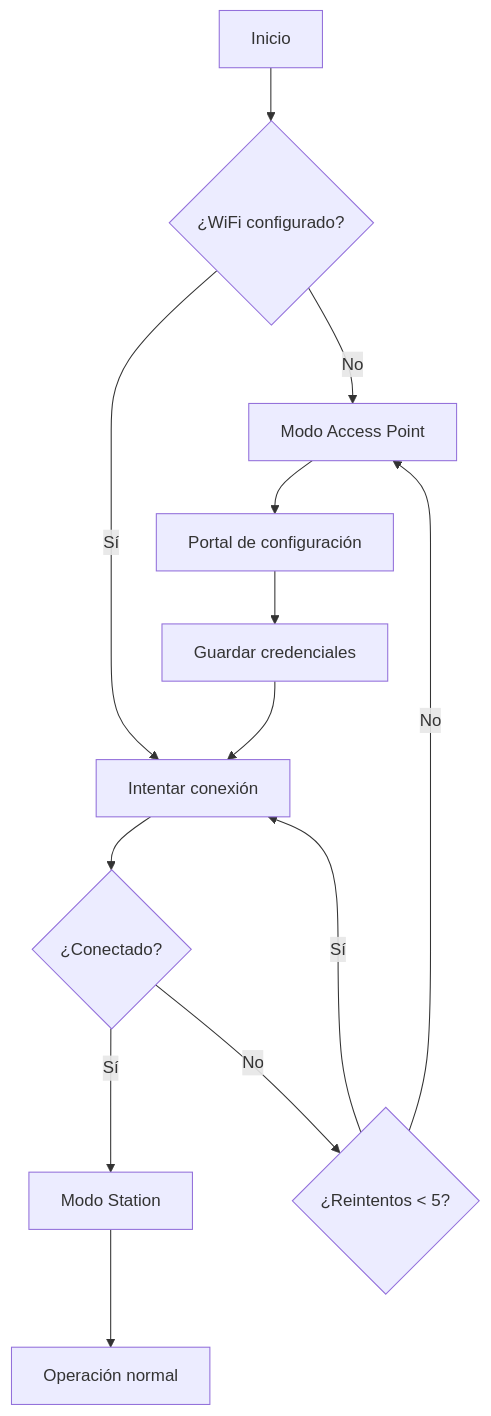
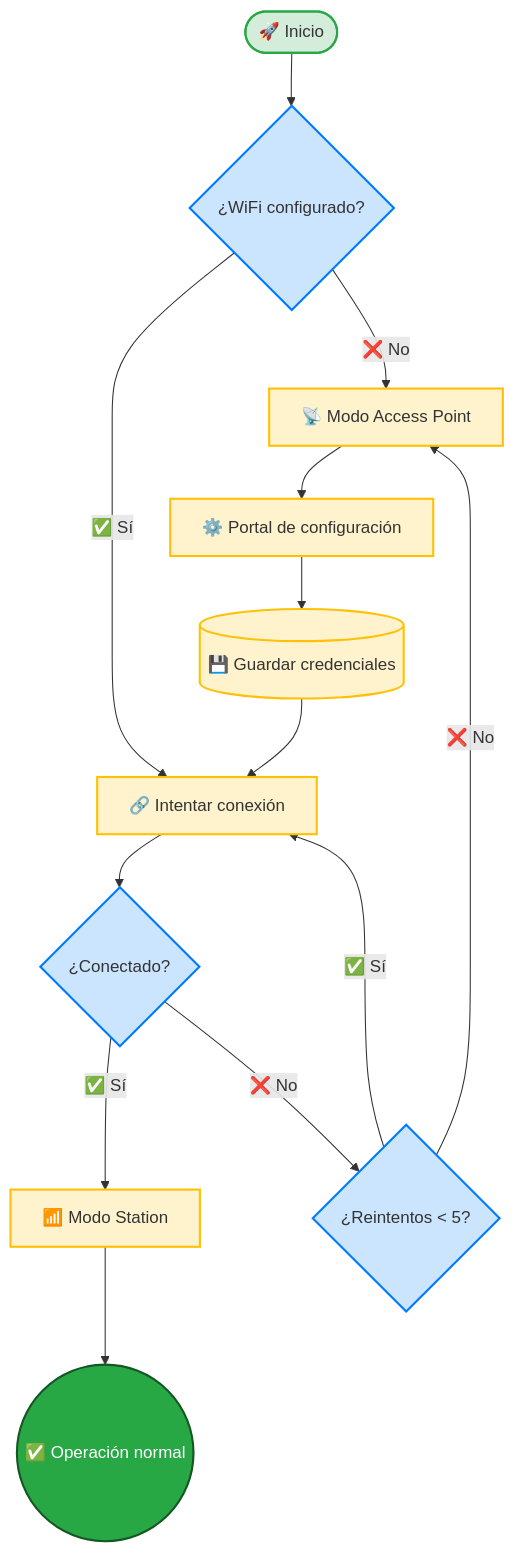
The diagram in docs/docs/architecture/communication.md (medicalopenworld/IncuNest-Docs), drawn with Mermaid before and after one commit. The commit also changed 11 other files, not shown here.

Commit message:
Update Spanish documentation diagrams to beautiful mermaid style

````diff
--- a/docs/docs/architecture/communication.md
+++ b/docs/docs/architecture/communication.md
@@ -27,19 +27,29 @@
 ```mermaid
-flowchart TB
-    START[Inicio] --> CHECK{¿WiFi configurado?}
-    CHECK -->|No| AP[Modo Access Point]
-    CHECK -->|Sí| CONNECT[Intentar conexión]
+graph TD
+    START([🚀 Inicio]) --> CHECK{¿WiFi configurado?}
+    CHECK -->|❌ No| AP[📡 Modo Access Point]
+    CHECK -->|✅ Sí| CONNECT[🔗 Intentar conexión]
     
     CONNECT --> SUCCESS{¿Conectado?}
-    SUCCESS -->|Sí| STA[Modo Station]
-    SUCCESS -->|No| RETRY{¿Reintentos < 5?}
+    SUCCESS -->|✅ Sí| STA[📶 Modo Station]
+    SUCCESS -->|❌ No| RETRY{¿Reintentos < 5?}
     
-    RETRY -->|Sí| CONNECT
-    RETRY -->|No| AP
+    RETRY -->|✅ Sí| CONNECT
+    RETRY -->|❌ No| AP
     
-    AP --> CONFIG[Portal de configuración]
-    CONFIG --> SAVE[Guardar credenciales]
+    AP --> CONFIG[⚙️ Portal de configuración]
+    CONFIG --> SAVE[(💾 Guardar credenciales)]
     SAVE --> CONNECT
     
-    STA --> OPERATE[Operación normal]
+    STA --> OPERATE((✅ Operación normal))
+    
+    classDef start fill:#d4edda,stroke:#28a745,stroke-width:2px
+    classDef decision fill:#cce5ff,stroke:#007bff,stroke-width:2px
+    classDef process fill:#fff3cd,stroke:#ffc107,stroke-width:2px
+    classDef success fill:#28a745,stroke:#155724,stroke-width:2px,color:#fff
+    
+    class START start
+    class CHECK,SUCCESS,RETRY decision
+    class AP,CONNECT,CONFIG,SAVE,STA process
+    class OPERATE success
 ```
````
